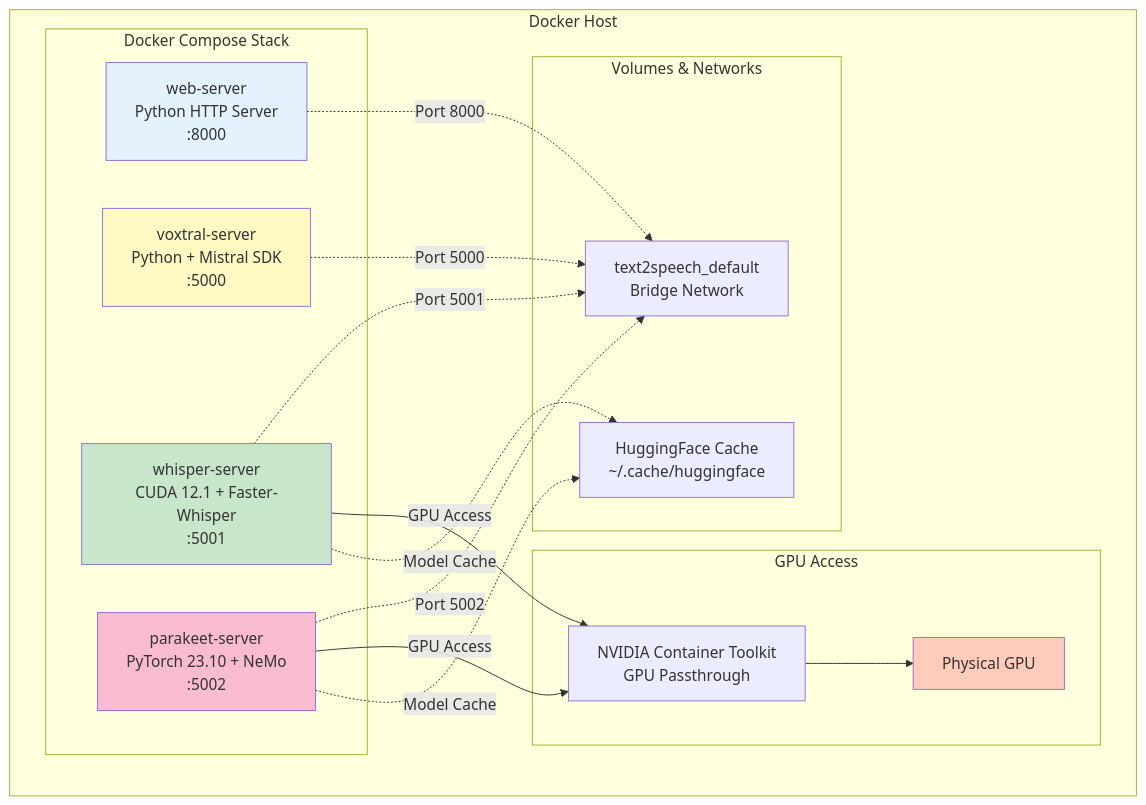
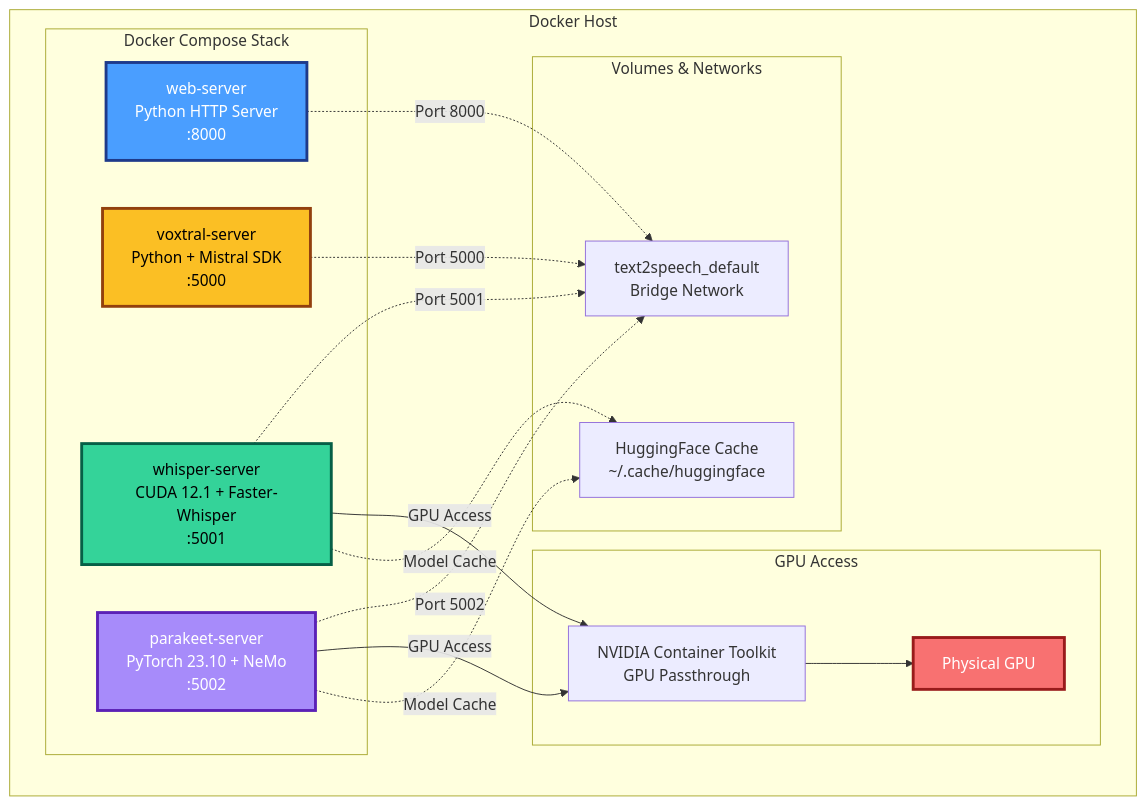
One commit to gjovanov/speech2text changed the third of 6 diagrams in README.md. Above: the diagram before and after it, drawn with Mermaid. The commit also changed other lines of this file and 10 other files, not shown here.

Commit message:
dark mode friednly diagramms

````diff
--- a/README.md
+++ b/README.md
@@ -147,39 +147,39 @@
 ```mermaid
 graph TB
     subgraph "Docker Host"
         subgraph "Docker Compose Stack"
             WebContainer[web-server<br/>Python HTTP Server<br/>:8000]
             VoxtralContainer[voxtral-server<br/>Python + Mistral SDK<br/>:5000]
             WhisperContainer[whisper-server<br/>CUDA 12.1 + Faster-Whisper<br/>:5001]
             ParakeetContainer[parakeet-server<br/>PyTorch 23.10 + NeMo<br/>:5002]
         end
 
         subgraph "Volumes & Networks"
             Network[text2speech_default<br/>Bridge Network]
             Cache[HuggingFace Cache<br/>~/.cache/huggingface]
         end
 
         subgraph "GPU Access"
             NVIDIA[NVIDIA Container Toolkit<br/>GPU Passthrough]
             GPU[Physical GPU]
         end
     end
 
     WebContainer -.->|Port 8000| Network
     VoxtralContainer -.->|Port 5000| Network
     WhisperContainer -.->|Port 5001| Network
     ParakeetContainer -.->|Port 5002| Network
 
     WhisperContainer -->|GPU Access| NVIDIA
     ParakeetContainer -->|GPU Access| NVIDIA
     NVIDIA --> GPU
 
     WhisperContainer -.->|Model Cache| Cache
     ParakeetContainer -.->|Model Cache| Cache
 
-    style WebContainer fill:#e3f2fd
-    style VoxtralContainer fill:#fff9c4
-    style WhisperContainer fill:#c8e6c9
-    style ParakeetContainer fill:#f8bbd0
-    style GPU fill:#ffccbc
+    style WebContainer fill:#4a9eff,stroke:#1e3a8a,stroke-width:3px,color:#fff
+    style VoxtralContainer fill:#fbbf24,stroke:#92400e,stroke-width:3px,color:#000
+    style WhisperContainer fill:#34d399,stroke:#065f46,stroke-width:3px,color:#000
+    style ParakeetContainer fill:#a78bfa,stroke:#5b21b6,stroke-width:3px,color:#fff
+    style GPU fill:#f87171,stroke:#991b1b,stroke-width:3px,color:#fff
 ```
````
